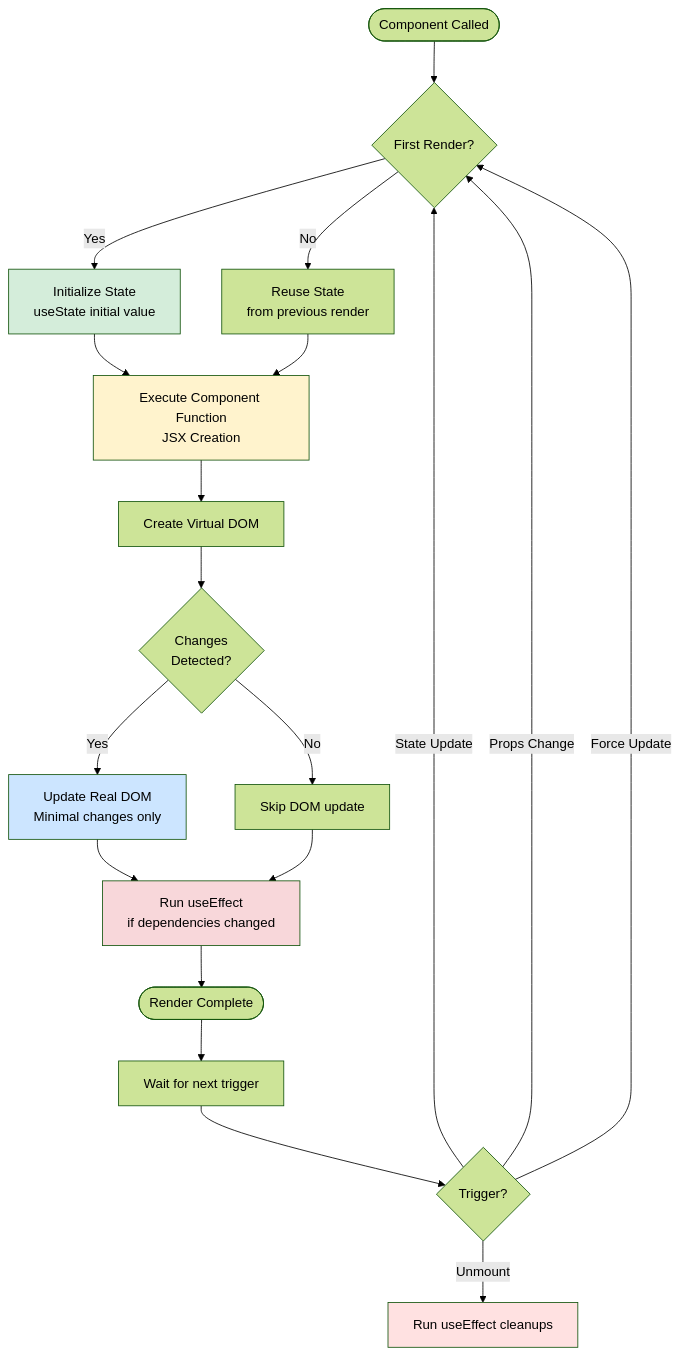
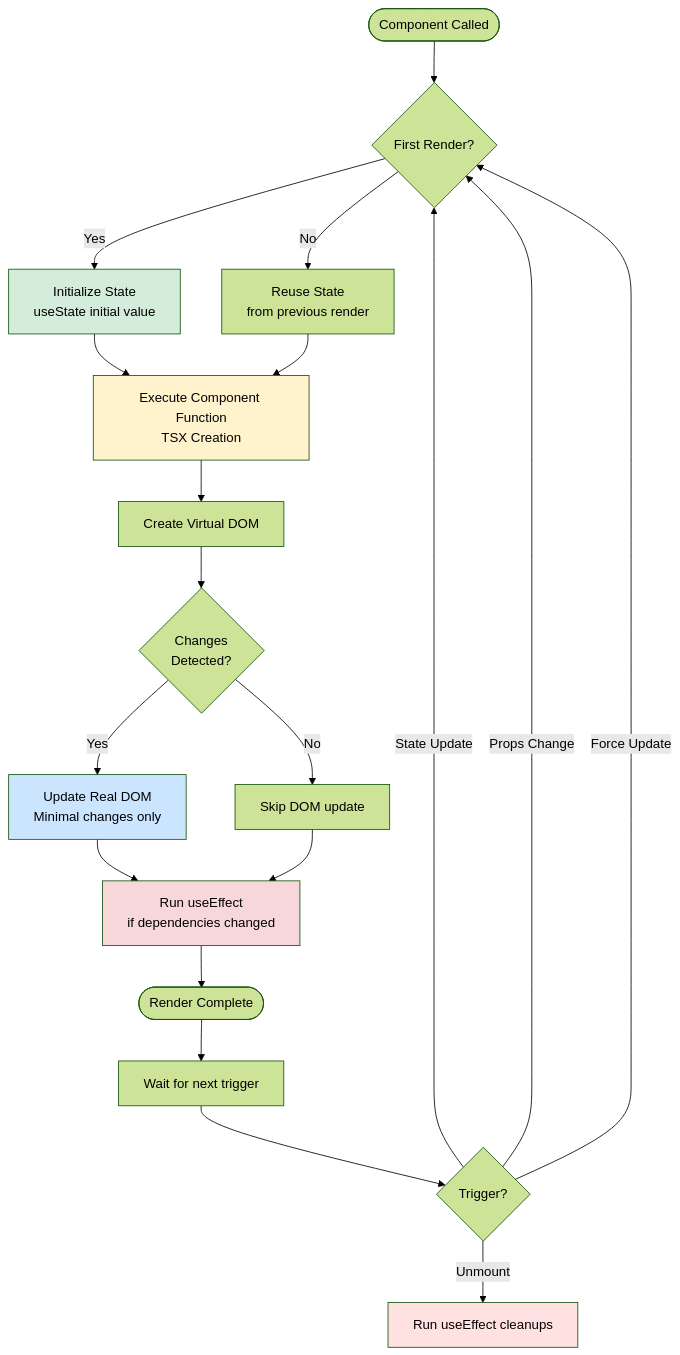
Before and after one commit to longndt/react-course: the second of 12 diagrams in diagrams/component_lifecycle.md, drawn with Mermaid (forest theme). The commit also changed other lines of this file and 143 other files, not shown here.

````diff
--- a/diagrams/component_lifecycle.md
+++ b/diagrams/component_lifecycle.md
@@ -47,35 +47,35 @@
 ```mermaid
 flowchart TD
     Start([Component Called]) --> Check{First Render?}
 
     Check -->|Yes| Init[Initialize State<br/>useState initial value]
     Check -->|No| Reuse[Reuse State<br/>from previous render]
 
-    Init --> Render[Execute Component Function<br/>JSX Creation]
+    Init --> Render[Execute Component Function<br/>TSX Creation]
     Reuse --> Render
 
     Render --> Virtual[Create Virtual DOM]
     Virtual --> Diff{Changes<br/>Detected?}
 
     Diff -->|Yes| Update[Update Real DOM<br/>Minimal changes only]
     Diff -->|No| Skip[Skip DOM update]
 
     Update --> Effects[Run useEffect<br/>if dependencies changed]
     Skip --> Effects
 
     Effects --> Complete([Render Complete])
 
     Complete --> Wait[Wait for next trigger]
     Wait --> Trigger{Trigger?}
 
     Trigger -->|State Update| Check
     Trigger -->|Props Change| Check
     Trigger -->|Force Update| Check
     Trigger -->|Unmount| Cleanup[Run useEffect cleanups]
 
     style Init fill:#d4edda
     style Render fill:#fff3cd
     style Update fill:#cce5ff
     style Effects fill:#f8d7da
     style Cleanup fill:#ffe1e1
 ```
````
